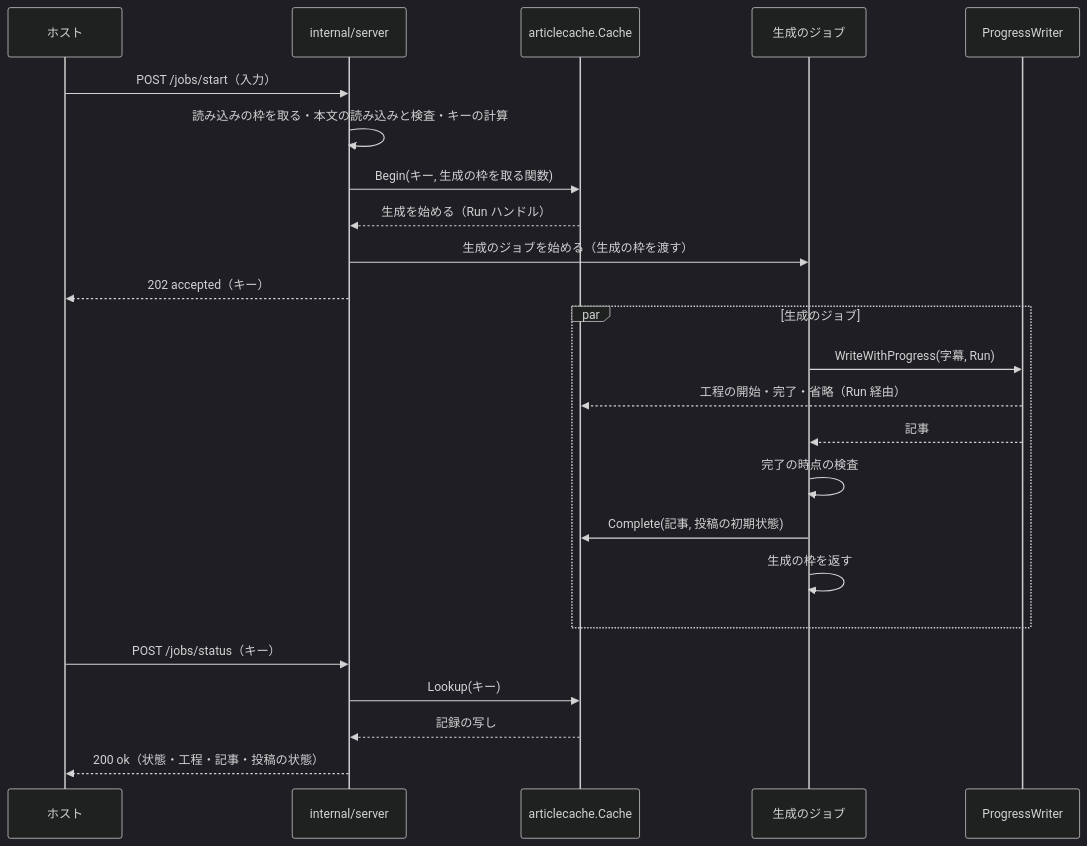
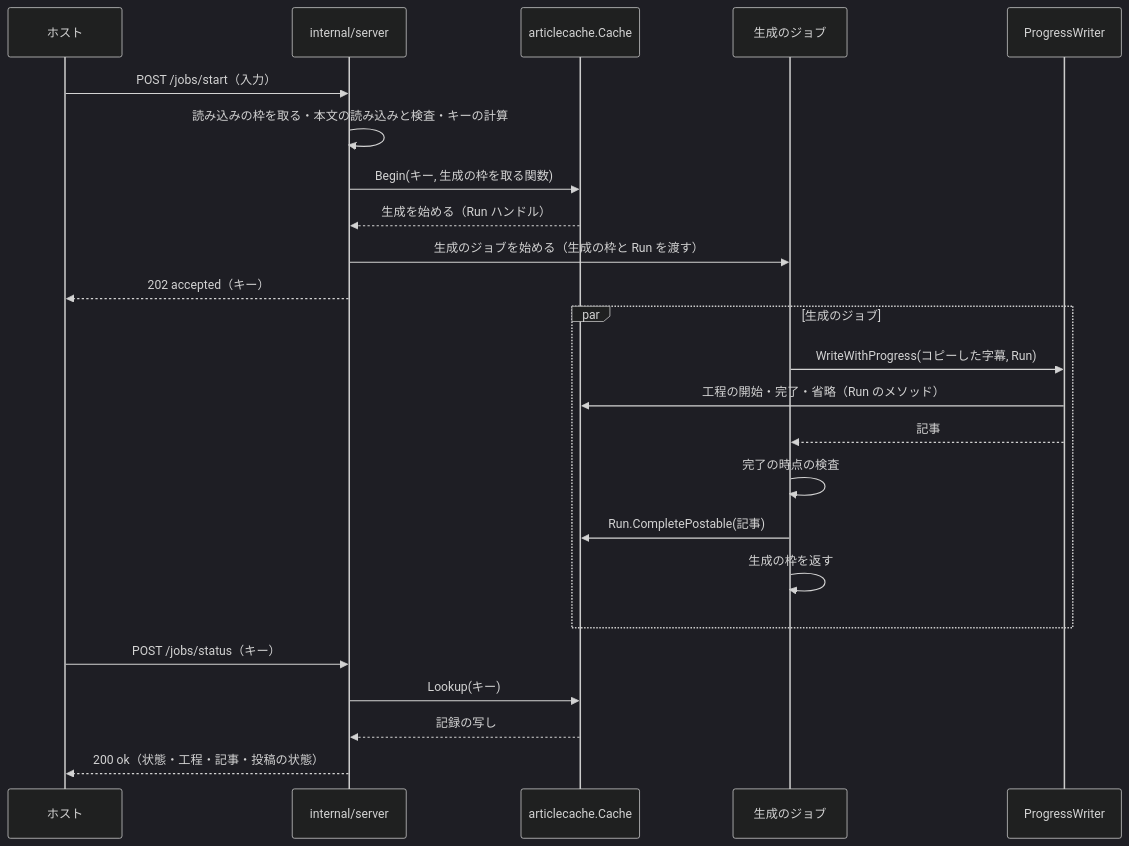
The fifth of 15 diagrams in docs/tasks/0044_article_job_api/02_architecture.md (isseis/yt2column), drawn with Mermaid (dark theme) before and after one commit. The commit also changed other lines of this file and 1 other file, not shown here.

````diff
--- a/docs/tasks/0044_article_job_api/02_architecture.md
+++ b/docs/tasks/0044_article_job_api/02_architecture.md
@@ -212,27 +225,27 @@
 ```mermaid
 sequenceDiagram
     participant H as ホスト
     participant S as internal/server
     participant C as articlecache.Cache
     participant J as 生成のジョブ
     participant W as ProgressWriter
 
     H->>S: POST /jobs/start（入力）
     S->>S: 読み込みの枠を取る・本文の読み込みと検査・キーの計算
     S->>C: Begin(キー, 生成の枠を取る関数)
     C-->>S: 生成を始める（Run ハンドル）
-    S->>J: 生成のジョブを始める（生成の枠を渡す）
+    S->>J: 生成のジョブを始める（生成の枠と Run を渡す）
     S-->>H: 202 accepted（キー）
     par 生成のジョブ
-        J->>W: WriteWithProgress(字幕, Run)
-        W-->>C: 工程の開始・完了・省略（Run 経由）
+        J->>W: WriteWithProgress(コピーした字幕, Run)
+        W->>C: 工程の開始・完了・省略（Run のメソッド）
         W-->>J: 記事
         J->>J: 完了の時点の検査
-        J->>C: Complete(記事, 投稿の初期状態)
+        J->>C: Run.CompletePostable(記事)
         J->>J: 生成の枠を返す
     end
     H->>S: POST /jobs/status（キー）
     S->>C: Lookup(キー)
     C-->>S: 記録の写し
     S-->>H: 200 ok（状態・工程・記事・投稿の状態）
 ```
````
